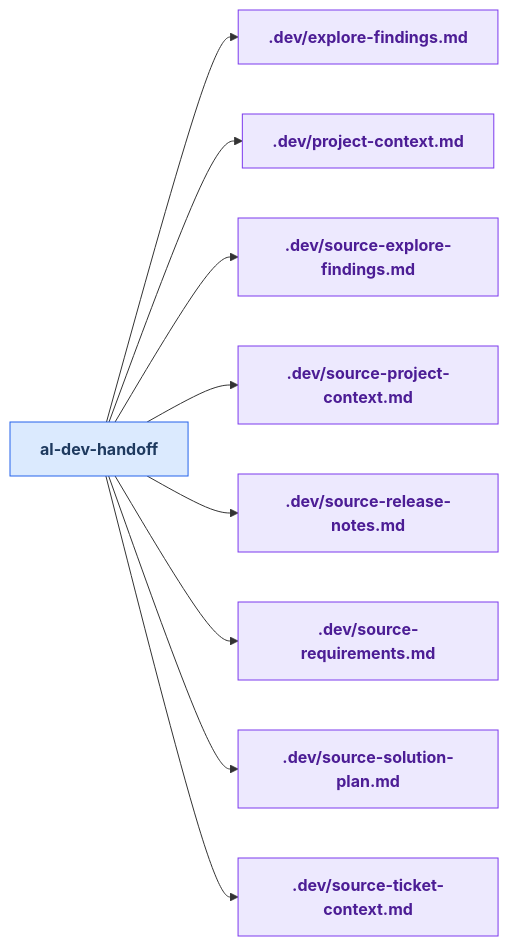
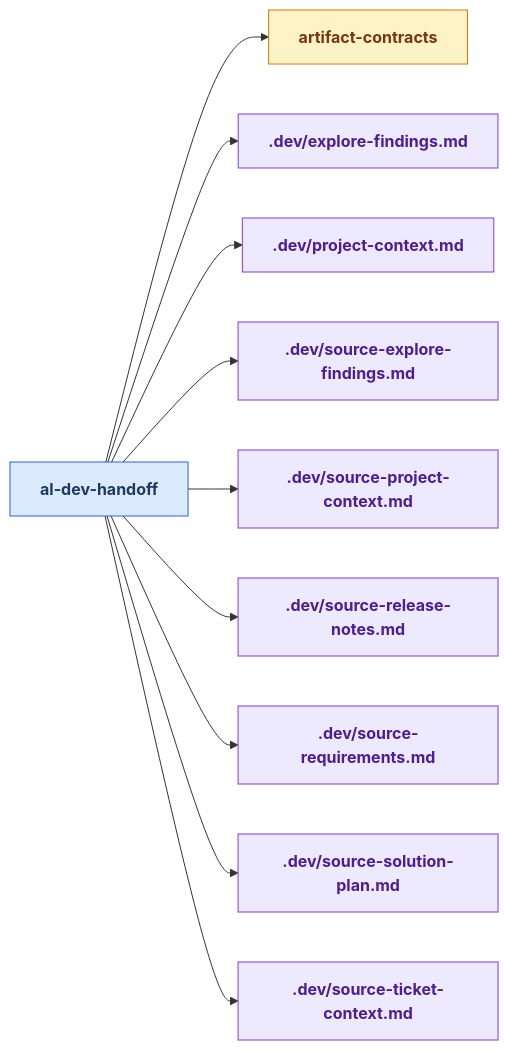
Before and after one commit to russell-laing/al-dev-shared: diagram 22 of 25 in docs/al-dev-skills-map.md, drawn with Mermaid. The commit also changed other lines of this file and 3 other files, not shown here.

````diff
--- a/docs/al-dev-skills-map.md
+++ b/docs/al-dev-skills-map.md
@@ -1014,37 +1032,40 @@
 ```mermaid
 flowchart LR
     classDef skillNode fill:#dbeafe,stroke:#2563eb,color:#1e3a5f,font-weight:bold
     classDef agentNode fill:#d1fae5,stroke:#059669,color:#064e3b,font-weight:bold
     classDef knowledgeNode fill:#fef3c7,stroke:#d97706,color:#78350f,font-weight:bold
     classDef artifactNode fill:#ede9fe,stroke:#7c3aed,color:#4c1d95,font-weight:bold
     classDef phaseNode fill:#e0e7ff,stroke:#6366f1,color:#312e81,font-weight:bold
 
     skill_al_dev_handoff[al-dev-handoff]
+    knowledge_artifact_contracts_md[artifact-contracts]
     artifact_explore_findings_md[.dev/explore-findings.md]
     artifact_project_context_md[.dev/project-context.md]
     artifact_source_explore_findings_md[.dev/source-explore-findings.md]
     artifact_source_project_context_md[.dev/source-project-context.md]
     artifact_source_release_notes_md[.dev/source-release-notes.md]
     artifact_source_requirements_md[.dev/source-requirements.md]
     artifact_source_solution_plan_md[.dev/source-solution-plan.md]
     artifact_source_ticket_context_md[.dev/source-ticket-context.md]
 
+    skill_al_dev_handoff --> knowledge_artifact_contracts_md
     skill_al_dev_handoff --> artifact_explore_findings_md
     skill_al_dev_handoff --> artifact_project_context_md
     skill_al_dev_handoff --> artifact_source_explore_findings_md
     skill_al_dev_handoff --> artifact_source_project_context_md
     skill_al_dev_handoff --> artifact_source_release_notes_md
     skill_al_dev_handoff --> artifact_source_requirements_md
     skill_al_dev_handoff --> artifact_source_solution_plan_md
     skill_al_dev_handoff --> artifact_source_ticket_context_md
 
     class skill_al_dev_handoff skillNode
+    class knowledge_artifact_contracts_md knowledgeNode
     class artifact_explore_findings_md artifactNode
     class artifact_project_context_md artifactNode
     class artifact_source_explore_findings_md artifactNode
     class artifact_source_project_context_md artifactNode
     class artifact_source_release_notes_md artifactNode
     class artifact_source_requirements_md artifactNode
     class artifact_source_solution_plan_md artifactNode
     class artifact_source_ticket_context_md artifactNode
 ```
````
